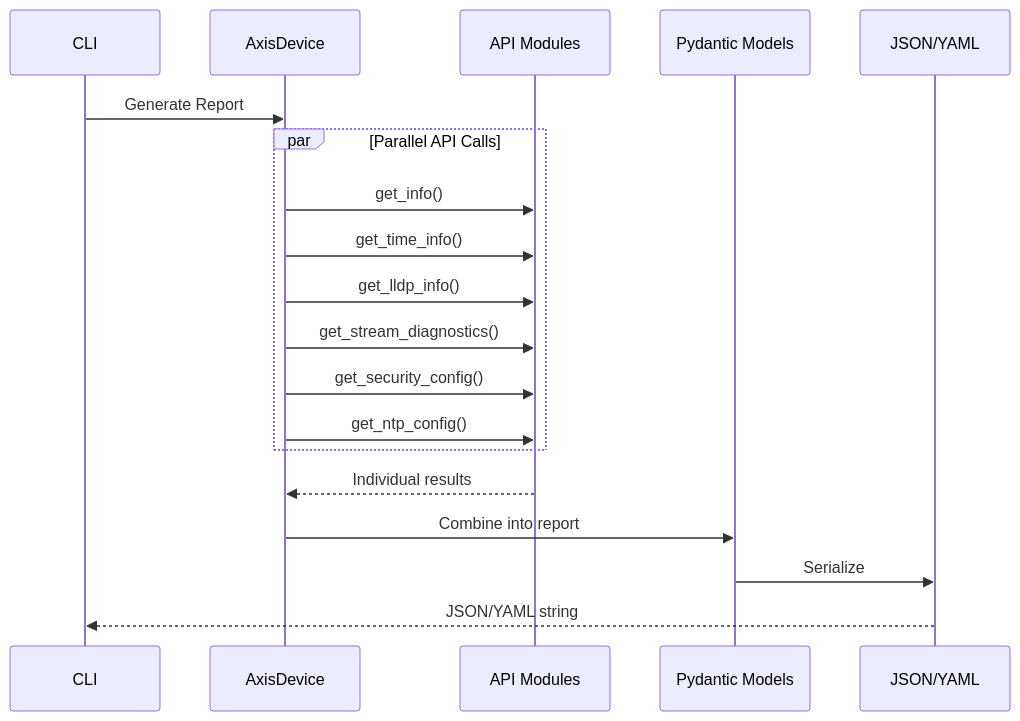
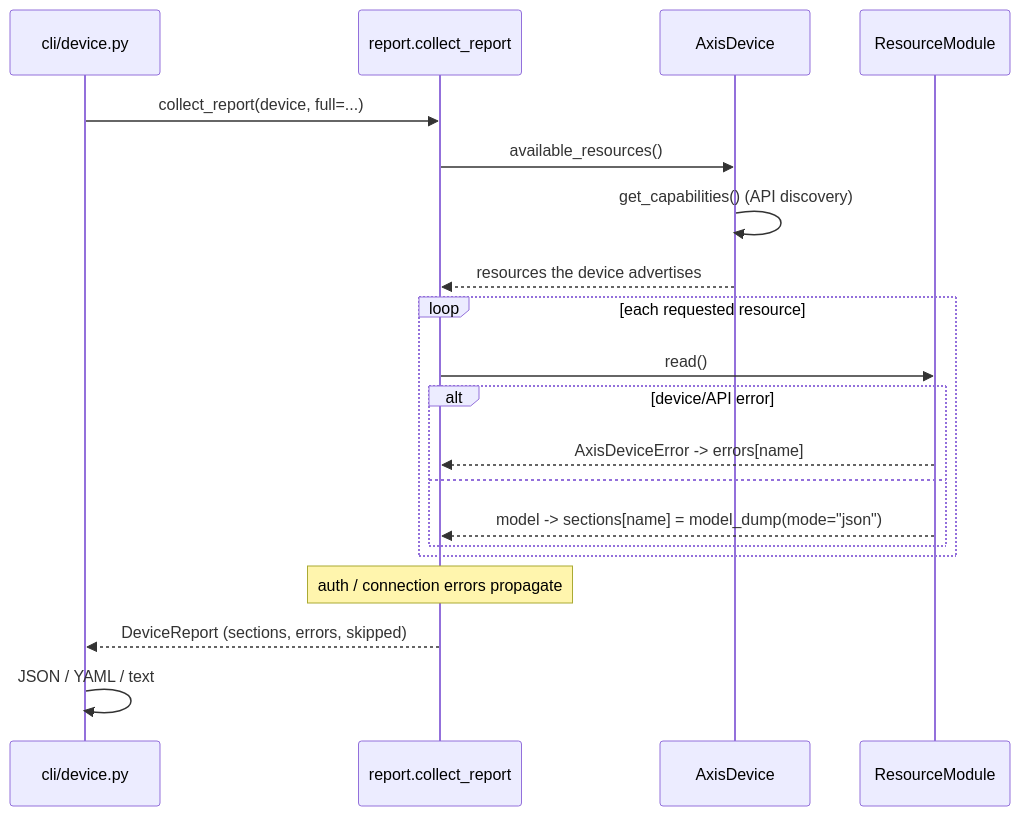
Diagram 12 of 29 in docs/architecture.md (NetDevAutomate/axiscam), drawn with Mermaid before and after one commit. The commit also changed other lines of this file and 17 other files, not shown here.

First line of the commit message:
docs(phase-1): registry architecture, module tables, report shape; coverage 58

````diff
--- a/docs/architecture.md
+++ b/docs/architecture.md
@@ -490,24 +528,23 @@
 ```mermaid
 sequenceDiagram
-    participant CLI as CLI
+    participant CLI as cli/device.py
+    participant Report as report.collect_report
     participant Device as AxisDevice
-    participant APIs as API Modules
-    participant Model as Pydantic Models
-    participant Output as JSON/YAML
+    participant Mod as ResourceModule
 
-    CLI->>Device: Generate Report
-
-    par Parallel API Calls
-        Device->>APIs: get_info()
-        Device->>APIs: get_time_info()
-        Device->>APIs: get_lldp_info()
-        Device->>APIs: get_stream_diagnostics()
-        Device->>APIs: get_security_config()
-        Device->>APIs: get_ntp_config()
+    CLI->>Report: collect_report(device, full=...)
+    Report->>Device: available_resources()
+    Device->>Device: get_capabilities() (API discovery)
+    Device-->>Report: resources the device advertises
+    loop each requested resource
+        Report->>Mod: read()
+        alt device/API error
+            Mod-->>Report: AxisDeviceError -> errors[name]
+        else
+            Mod-->>Report: model -> sections[name] = model_dump(mode="json")
+        end
     end
-
-    APIs-->>Device: Individual results
-    Device->>Model: Combine into report
-    Model->>Output: Serialize
-    Output-->>CLI: JSON/YAML string
+    Note over Report: auth / connection errors propagate
+    Report-->>CLI: DeviceReport (sections, errors, skipped)
+    CLI->>CLI: JSON / YAML / text
 ```
````
